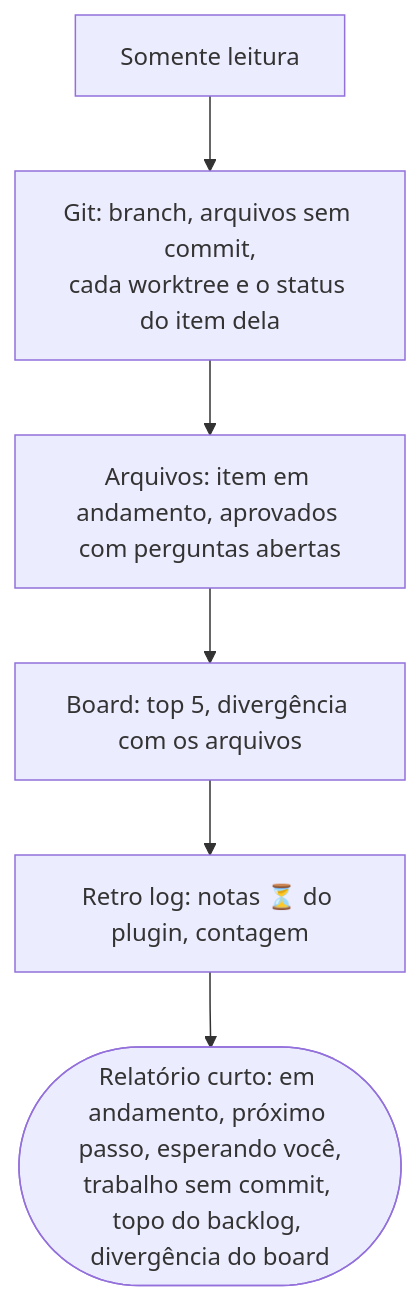
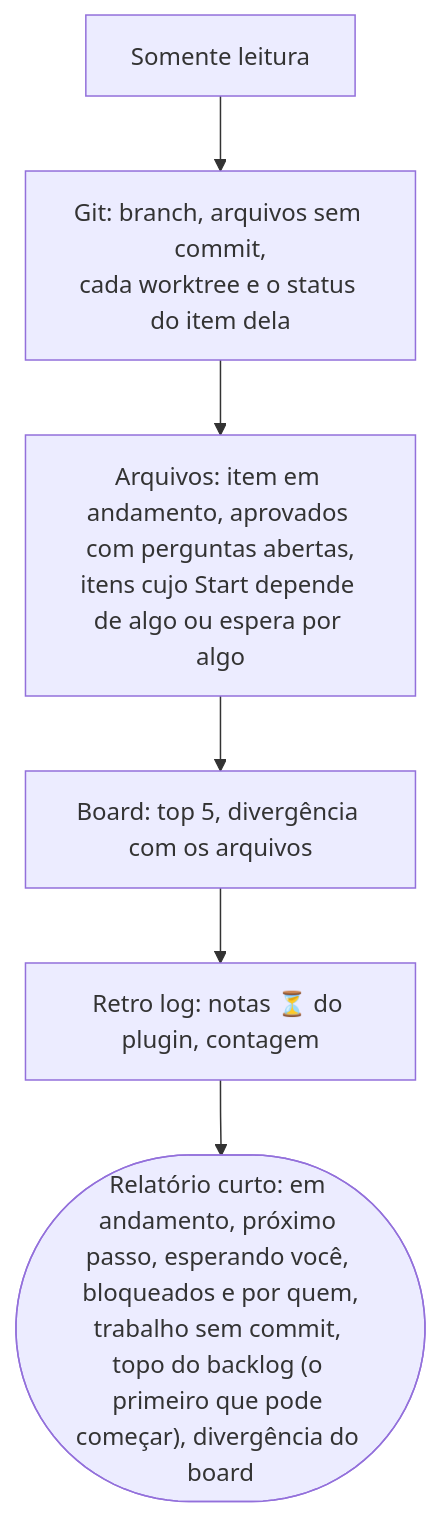
Before and after one commit to alexcanario/simulab: diagram 15 of 18 in docs/agile/workflow.pt-BR.md, drawn with Mermaid. The commit also changed other lines of this file and 11 other files, not shown here.

````diff
--- a/docs/agile/workflow.pt-BR.md
+++ b/docs/agile/workflow.pt-BR.md
@@ -1111,8 +1332,8 @@
 ```mermaid
 flowchart TD
     A["Somente leitura"] --> B["Git: branch, arquivos sem commit,<br/>cada worktree e o status do item dela"]
-    B --> C["Arquivos: item em andamento, aprovados com perguntas abertas"]
+    B --> C["Arquivos: item em andamento, aprovados com perguntas abertas,<br/>itens cujo Start depende de algo ou espera por algo"]
     C --> D["Board: top 5, divergência com os arquivos"]
     D --> E["Retro log: notas ⏳ do plugin, contagem"]
-    E --> F(["Relatório curto: em andamento, próximo passo, esperando você,<br/>trabalho sem commit, topo do backlog, divergência do board"])
+    E --> F(["Relatório curto: em andamento, próximo passo, esperando você, bloqueados e por quem,<br/>trabalho sem commit, topo do backlog (o primeiro que pode começar), divergência do board"])
 ```
````
